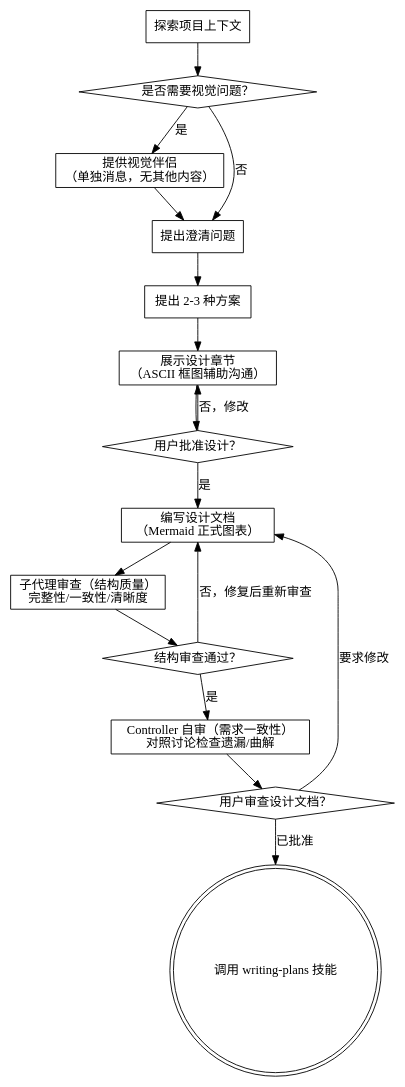
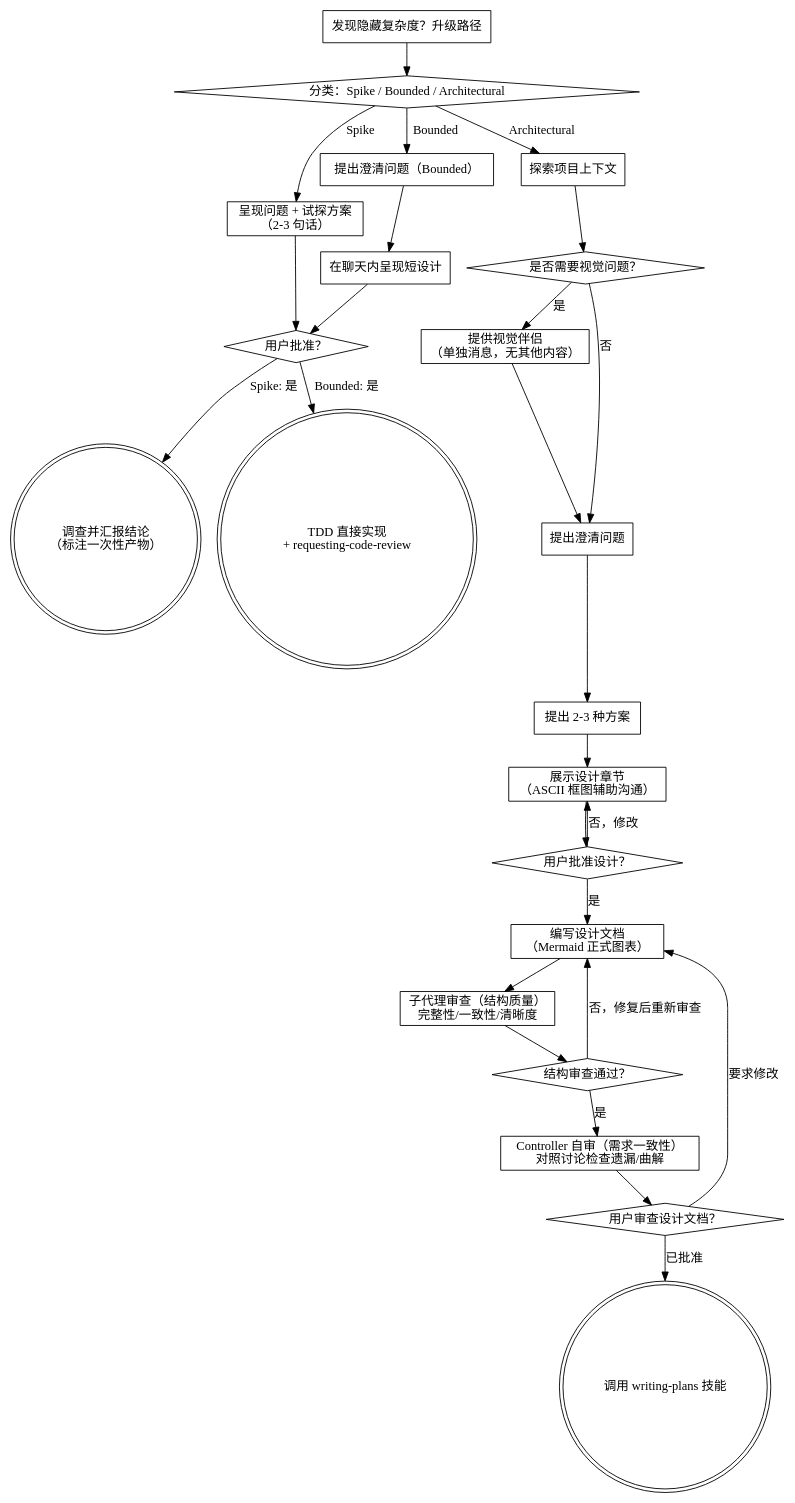
Before and after one commit to Geek-Bob/SuperpowersLite: the first of 2 diagrams in skills/brainstorming/SKILL.md, drawn with Graphviz. The commit also changed other lines of this file, not shown here.

First line of the commit message:
feat: brainstorming 引入三路径分类（Spike/Bounded/Architectural）

````diff
--- a/skills/brainstorming/SKILL.md
+++ b/skills/brainstorming/SKILL.md
@@ -41,34 +100,53 @@
 ```dot
 digraph brainstorming {
+    "分类：Spike / Bounded / Architectural" [shape=diamond];
+    "呈现问题 + 试探方案\n（2-3 句话）" [shape=box];
+    "提出澄清问题（Bounded）" [shape=box];
+    "在聊天内呈现短设计" [shape=box];
+    "用户批准？" [shape=diamond];
+    "调查并汇报结论\n（标注一次性产物）" [shape=doublecircle];
+    "TDD 直接实现\n+ requesting-code-review" [shape=doublecircle];
     "探索项目上下文" [shape=box];
     "是否需要视觉问题？" [shape=diamond];
     "提供视觉伴侣\n（单独消息，无其他内容）" [shape=box];
     "提出澄清问题" [shape=box];
     "提出 2-3 种方案" [shape=box];
     "展示设计章节\n（ASCII 框图辅助沟通）" [shape=box];
     "用户批准设计？" [shape=diamond];
     "编写设计文档\n（Mermaid 正式图表）" [shape=box];
     "子代理审查（结构质量）\n完整性/一致性/清晰度" [shape=box];
     "结构审查通过？" [shape=diamond];
     "Controller 自审（需求一致性）\n对照讨论检查遗漏/曲解" [shape=box];
     "用户审查设计文档？" [shape=diamond];
     "调用 writing-plans 技能" [shape=doublecircle];
+    "发现隐藏复杂度？升级路径" [shape=box];
+
+    "分类：Spike / Bounded / Architectural" -> "呈现问题 + 试探方案\n（2-3 句话）" [label="Spike"];
+    "分类：Spike / Bounded / Architectural" -> "提出澄清问题（Bounded）" [label="Bounded"];
+    "分类：Spike / Bounded / Architectural" -> "探索项目上下文" [label="Architectural"];
+
+    "呈现问题 + 试探方案\n（2-3 句话）" -> "用户批准？";
+    "提出澄清问题（Bounded）" -> "在聊天内呈现短设计";
+    "在聊天内呈现短设计" -> "用户批准？";
+    "用户批准？" -> "调查并汇报结论\n（标注一次性产物）" [label="Spike: 是"];
+    "用户批准？" -> "TDD 直接实现\n+ requesting-code-review" [label="Bounded: 是"];
 
     "探索项目上下文" -> "是否需要视觉问题？";
     "是否需要视觉问题？" -> "提供视觉伴侣\n（单独消息，无其他内容）" [label="是"];
     "是否需要视觉问题？" -> "提出澄清问题" [label="否"];
     "提供视觉伴侣\n（单独消息，无其他内容）" -> "提出澄清问题";
     "提出澄清问题" -> "提出 2-3 种方案";
     "提出 2-3 种方案" -> "展示设计章节\n（ASCII 框图辅助沟通）";
     "展示设计章节\n（ASCII 框图辅助沟通）" -> "用户批准设计？";
     "用户批准设计？" -> "展示设计章节\n（ASCII 框图辅助沟通）" [label="否，修改"];
     "用户批准设计？" -> "编写设计文档\n（Mermaid 正式图表）" [label="是"];
     "编写设计文档\n（Mermaid 正式图表）" -> "子代理审查（结构质量）\n完整性/一致性/清晰度";
     "子代理审查（结构质量）\n完整性/一致性/清晰度" -> "结构审查通过？";
     "结构审查通过？" -> "Controller 自审（需求一致性）\n对照讨论检查遗漏/曲解" [label="是"];
     "结构审查通过？" -> "编写设计文档\n（Mermaid 正式图表）" [label="否，修复后重新审查"];
     "Controller 自审（需求一致性）\n对照讨论检查遗漏/曲解" -> "用户审查设计文档？";
     "用户审查设计文档？" -> "编写设计文档\n（Mermaid 正式图表）" [label="要求修改"];
     "用户审查设计文档？" -> "调用 writing-plans 技能" [label="已批准"];
+    "发现隐藏复杂度？升级路径" -> "分类：Spike / Bounded / Architectural";
 }
 ```
````
